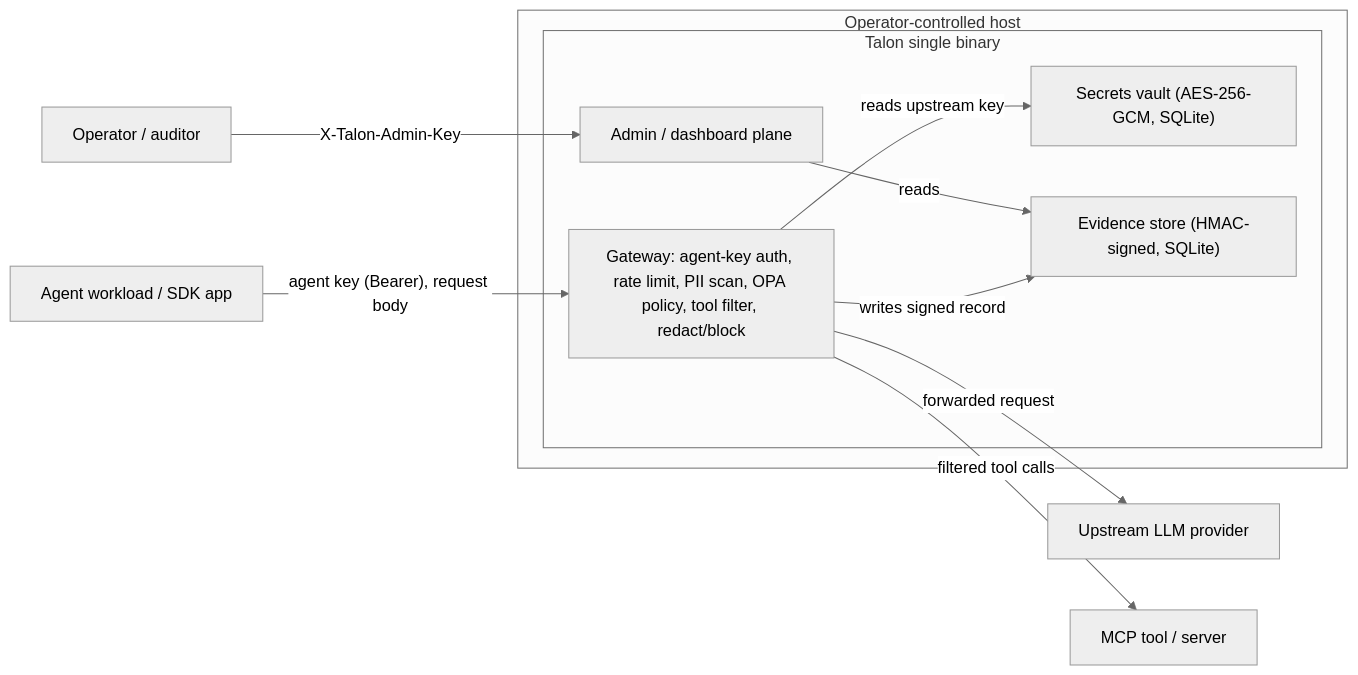
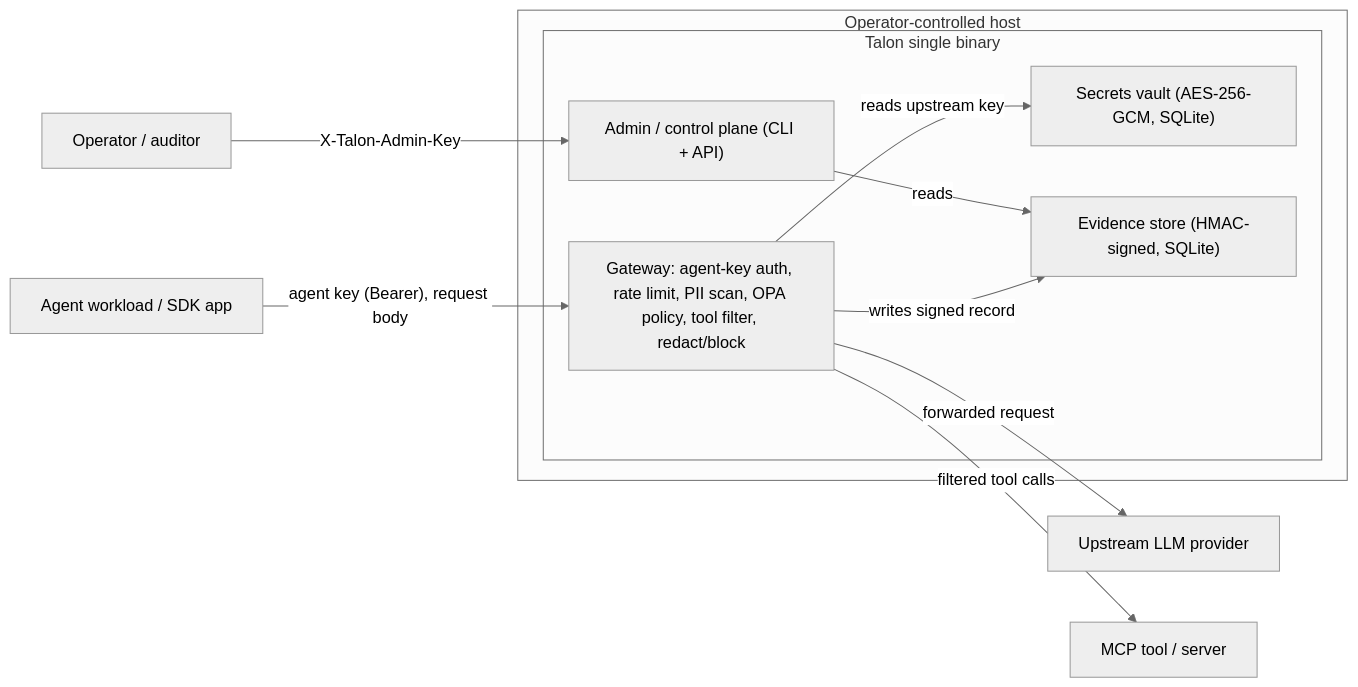
One commit to dativo-io/talon changed the diagram in docs/reference/threat-model.md. Above: the diagram before and after it, drawn with Mermaid (neutral theme). The commit also changed other lines of this file and 54 other files, not shown here.

````diff
--- a/docs/reference/threat-model.md
+++ b/docs/reference/threat-model.md
@@ -19,25 +19,25 @@
 ```mermaid
 flowchart LR
   workload["Agent workload / SDK app"]
 
   subgraph host [Operator-controlled host]
     subgraph talon [Talon single binary]
       gw["Gateway: agent-key auth, rate limit, PII scan, OPA policy, tool filter, redact/block"]
       vault["Secrets vault (AES-256-GCM, SQLite)"]
       evid["Evidence store (HMAC-signed, SQLite)"]
-      admin["Admin / dashboard plane"]
+      admin["Admin / control plane (CLI + API)"]
     end
   end
 
   provider["Upstream LLM provider"]
   tool["MCP tool / server"]
   operator["Operator / auditor"]
 
   workload -->|"agent key (Bearer), request body"| gw
   gw -->|"reads upstream key"| vault
   gw -->|"forwarded request"| provider
   gw -->|"filtered tool calls"| tool
   gw -->|"writes signed record"| evid
   operator -->|"X-Talon-Admin-Key"| admin
   admin -->|"reads"| evid
 ```
````
